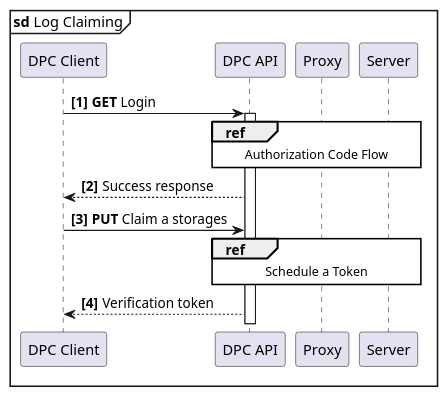
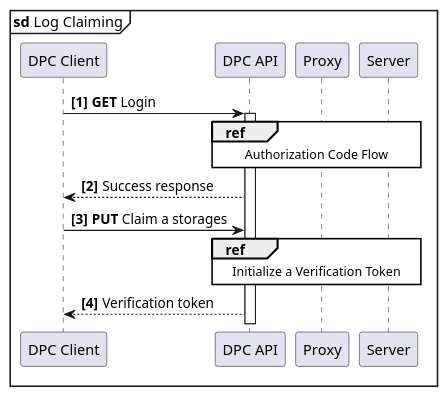
One commit to guddii/SEACT changed the diagram in docs/resources/diagrams/sd_Log_claiming.puml. Above: the diagram before and after it, drawn with PlantUML. The commit also changed 5 other files, not shown here.

```diff
--- a/docs/resources/diagrams/sd_Log_claiming.puml
+++ b/docs/resources/diagrams/sd_Log_claiming.puml
@@ -1,20 +1,20 @@
 @startuml
 'https://plantuml.com/sequence-diagram
 
 skinparam sequenceReferenceBackgroundColor white
 
 mainframe **sd** Log Claiming
 autonumber 1 1 "<b>[0]"
 
 participant "DPC Client" as DPC_Client
 participant "DPC API" as DPC_API
 participant "Proxy" as Proxy
 participant "Server" as Server
 
 DPC_Client  ->  DPC_API             ++  : **GET** Login
 ref over DPC_API,Proxy,Server           : Authorization Code Flow
 DPC_Client  <-- DPC_API                 : Success response
 DPC_Client  ->  DPC_API                 : **PUT** Claim a storages
-ref over DPC_API,Proxy,Server           : Schedule a Token
+ref over DPC_API,Proxy,Server           : Initialize a Verification Token
 DPC_Client  <-- DPC_API                 : Verification token
 @enduml
```
